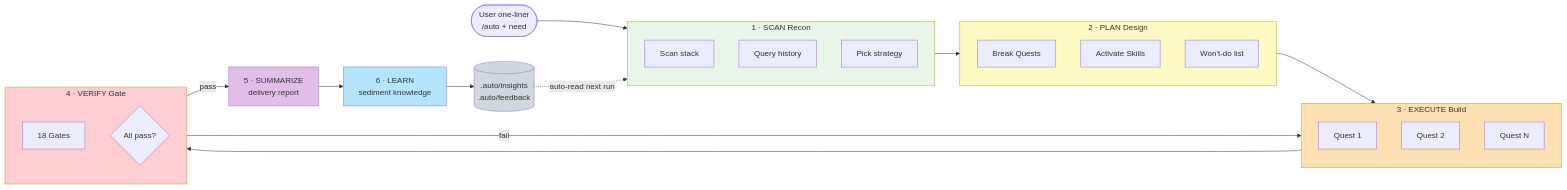
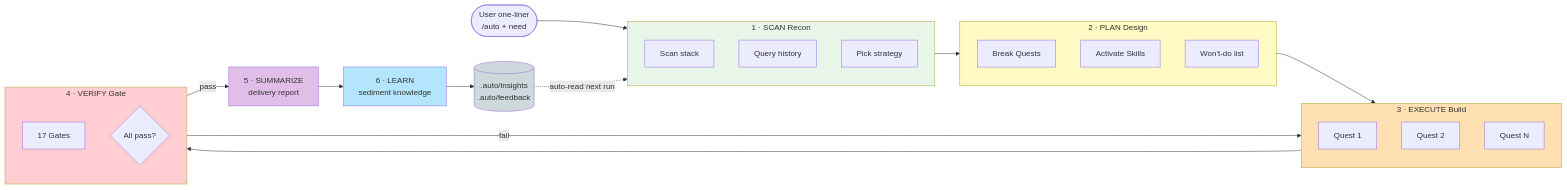
The diagram in README.en.md (ktyyer/auto-cli), drawn with Mermaid before and after one commit. The commit also changed other lines of this file and 66 other files, not shown here.

````diff
--- a/README.en.md
+++ b/README.en.md
@@ -148,46 +148,46 @@
 ```mermaid
 flowchart LR
     USER([User one-liner<br/>/auto + need])
     USER --> SCAN
 
     subgraph SCAN[1 · SCAN Recon]
         S1[Scan stack]
         S2[Query history]
         S3[Pick strategy]
     end
 
     subgraph PLAN[2 · PLAN Design]
         P1[Break Quests]
         P2[Activate Skills]
         P3[Won't-do list]
     end
 
     subgraph EXEC[3 · EXECUTE Build]
         E1[Quest 1]
         E2[Quest 2]
         E3[Quest N]
     end
 
     subgraph VERIFY[4 · VERIFY Gate]
-        V1[18 Gates]
+        V1[17 Gates]
         V2{All pass?}
     end
 
     SUM[5 · SUMMARIZE<br/>delivery report]
     LEARN[6 · LEARN<br/>sediment knowledge]
     MEM[(.auto/insights<br/>.auto/feedback)]
 
     SCAN --> PLAN --> EXEC --> VERIFY
     VERIFY -- fail --> EXEC
     VERIFY -- pass --> SUM --> LEARN
     LEARN --> MEM
     MEM -. auto-read next run .-> SCAN
 
     style SCAN fill:#e8f5e9
     style PLAN fill:#fff9c4
     style EXEC fill:#ffe0b2
     style VERIFY fill:#ffcdd2
     style SUM fill:#e1bee7
     style LEARN fill:#b3e5fc
     style MEM fill:#cfd8dc
 ```
````
